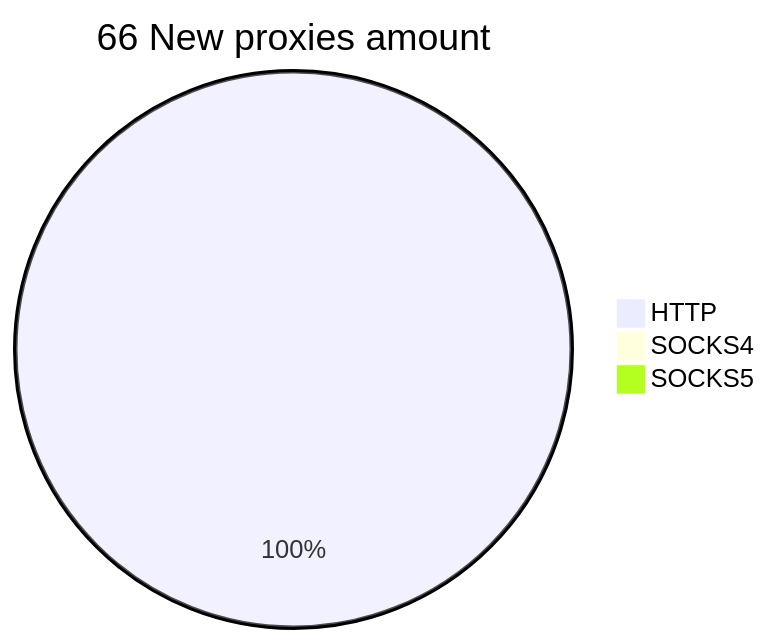
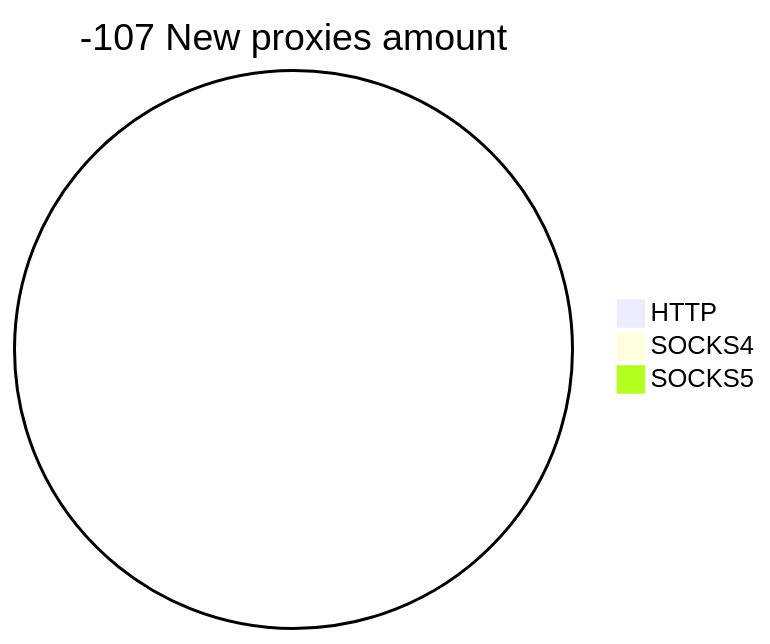
The second of 2 diagrams in README.md (cutipu/proxylist), drawn with Mermaid before and after one commit. The commit also changed other lines of this file, not shown here.

````diff
--- a/README.md
+++ b/README.md
@@ -10,6 +10,6 @@
 ```mermaid
-pie title 66 New proxies amount
-    "HTTP" : 70
+pie title -107 New proxies amount
+    "HTTP" : 0
     "SOCKS4" : 0
     "SOCKS5" : 0
 ```
````
